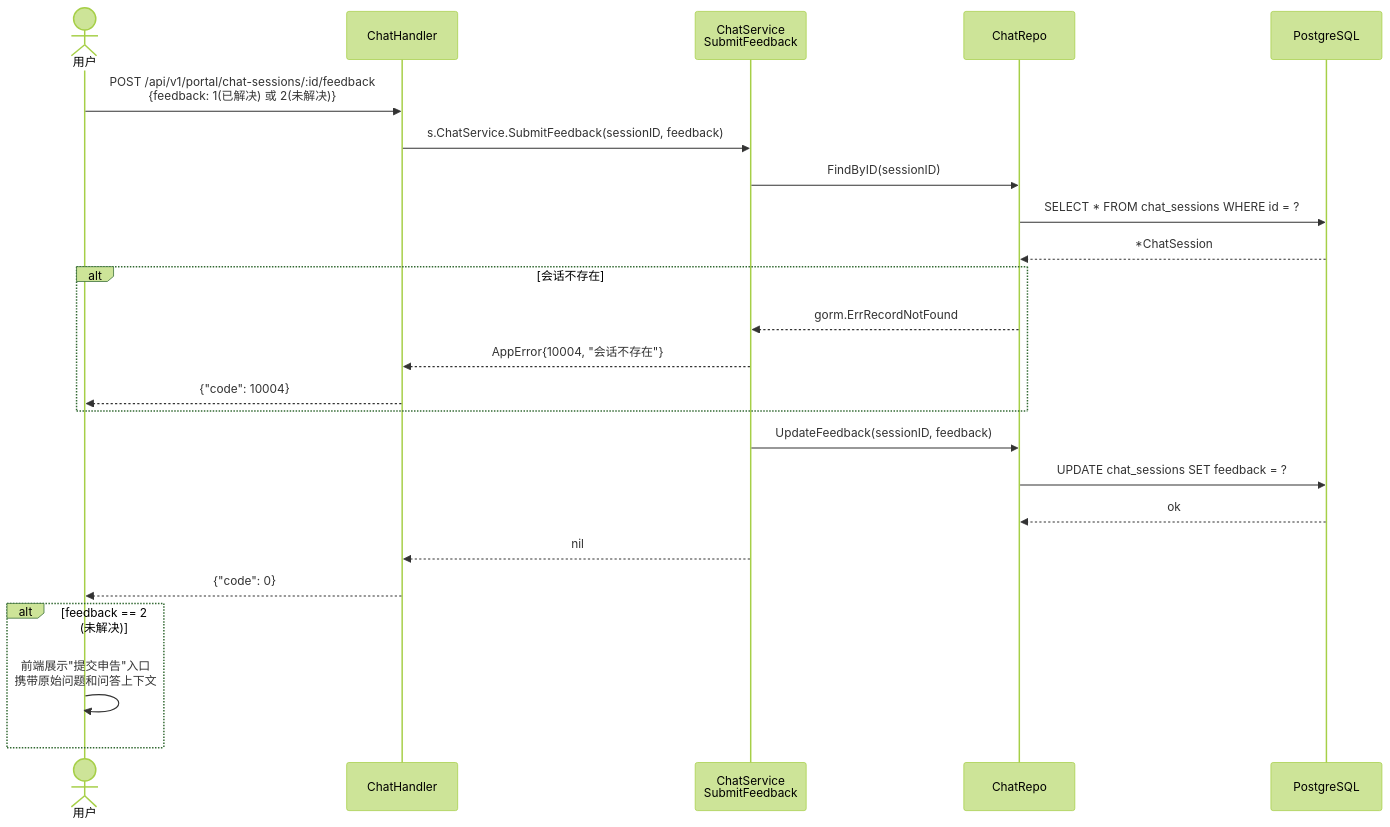
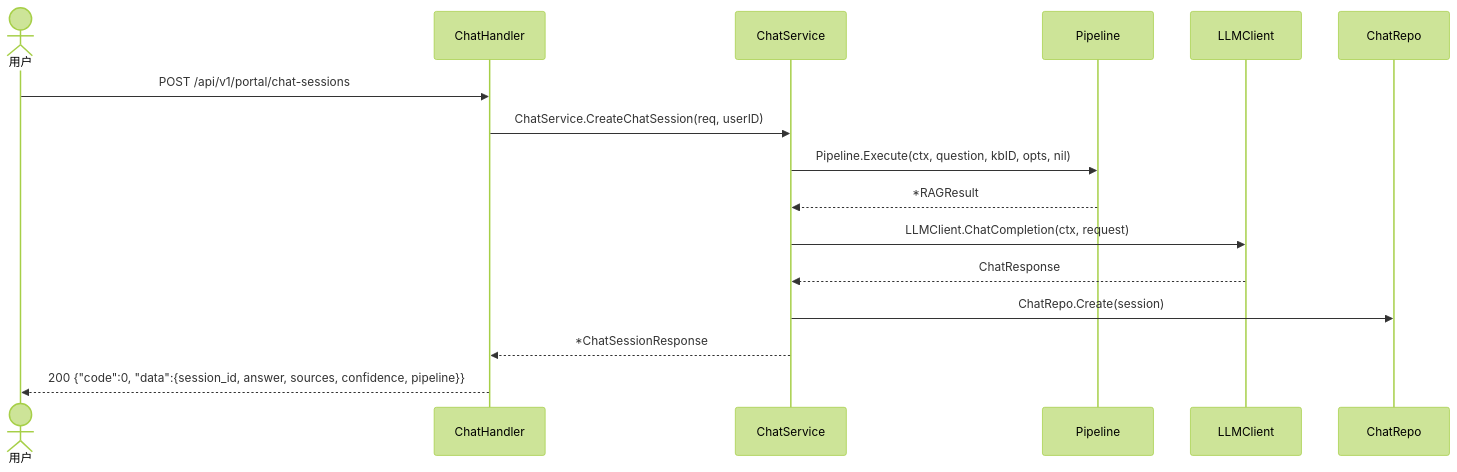
The second of 3 diagrams in docs/diagrams/chat-rag-flow.md (hua-2005/OpsMind), drawn with Mermaid (forest theme) before and after one commit. The commit also changed other lines of this file and 5 other files, not shown here.

First line of the commit message:
docs: 重写业务流程图 — RAG管道/知识生命周期/文档上传/LLM配置

````diff
--- a/docs/diagrams/chat-rag-flow.md
+++ b/docs/diagrams/chat-rag-flow.md
@@ -175,32 +111,19 @@
 ```mermaid
 sequenceDiagram
     actor U as 用户
     participant CH as ChatHandler
-    participant CS as ChatService<br/>SubmitFeedback
+    participant CS as ChatService
+    participant Pipe as Pipeline
+    participant LLM as LLMClient
     participant CR as ChatRepo
-    participant DB as PostgreSQL
 
-    U->>CH: POST /api/v1/portal/chat-sessions/:id/feedback<br/>{feedback: 1(已解决) 或 2(未解决)}
-    CH->>CS: s.ChatService.SubmitFeedback(sessionID, feedback)
-    
-    CS->>CR: FindByID(sessionID)
-    CR->>DB: SELECT * FROM chat_sessions WHERE id = ?
-    DB-->>CR: *ChatSession
-    
-    alt 会话不存在
-        CR-->>CS: gorm.ErrRecordNotFound
-        CS-->>CH: AppError{10004, "会话不存在"}
-        CH-->>U: {"code": 10004}
-    end
-    
-    CS->>CR: UpdateFeedback(sessionID, feedback)
-    CR->>DB: UPDATE chat_sessions SET feedback = ?
-    DB-->>CR: ok
-    
-    CS-->>CH: nil
-    CH-->>U: {"code": 0}
-    
-    alt feedback == 2 (未解决)
-        U->>U: 前端展示"提交申告"入口<br/>携带原始问题和问答上下文
-    end
+    U->>CH: POST /api/v1/portal/chat-sessions
+    CH->>CS: ChatService.CreateChatSession(req, userID)
+    CS->>Pipe: Pipeline.Execute(ctx, question, kbID, opts, nil)
+    Pipe-->>CS: *RAGResult
+    CS->>LLM: LLMClient.ChatCompletion(ctx, request)
+    LLM-->>CS: ChatResponse
+    CS->>CR: ChatRepo.Create(session)
+    CS-->>CH: *ChatSessionResponse
+    CH-->>U: 200 {"code":0, "data":{session_id, answer, sources, confidence, pipeline}}
 ```
````
